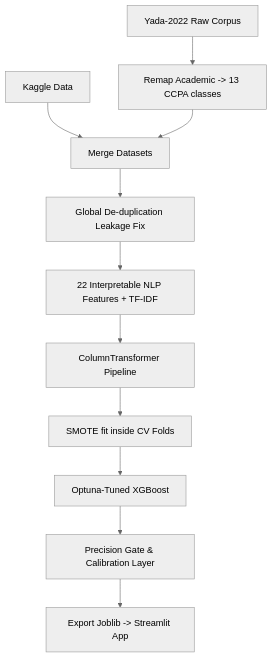
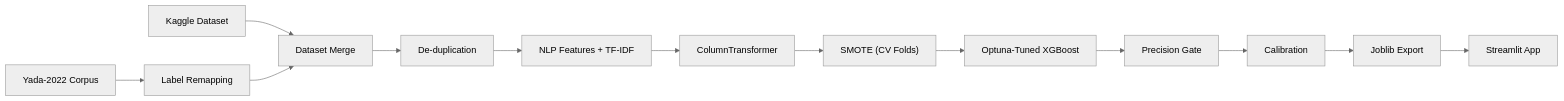
Before and after one commit to goyashek/dark-pattern-final: the diagram in README.md, drawn with Mermaid (neutral theme).

Commit message:
Update flowchart direction and labels in README

````diff
--- a/README.md
+++ b/README.md
@@ -52,13 +52,19 @@
 ```mermaid
-flowchart TD
-    A[Yada-2022 Raw Corpus] --> C[Remap Academic -> 13 CCPA classes]
-    B[Kaggle Data] --> D[Merge Datasets]
-    C --> D
-    D --> E[Global De-duplication Leakage Fix]
-    E --> F[22 Interpretable NLP Features + TF-IDF]
-    F --> G[ColumnTransformer Pipeline]
-    G --> H[SMOTE fit inside CV Folds]
-    H --> J[Optuna-Tuned XGBoost]
-    J --> K[Precision Gate & Calibration Layer]
-    K --> L[Export Joblib -> Streamlit App]
+flowchart LR
+
+    A["Yada-2022 Corpus"] --> B["Label Remapping"]
+    C["Kaggle Dataset"] --> D["Dataset Merge"]
+    B --> D
+
+    D --> E["De-duplication"]
+    E --> F["NLP Features + TF-IDF"]
+    F --> G["ColumnTransformer"]
+
+    G --> H["SMOTE (CV Folds)"]
+    H --> I["Optuna-Tuned XGBoost"]
+
+    I --> J["Precision Gate"]
+    J --> K["Calibration"]
+    K --> L["Joblib Export"]
+    L --> M["Streamlit App"]
 ```
````
